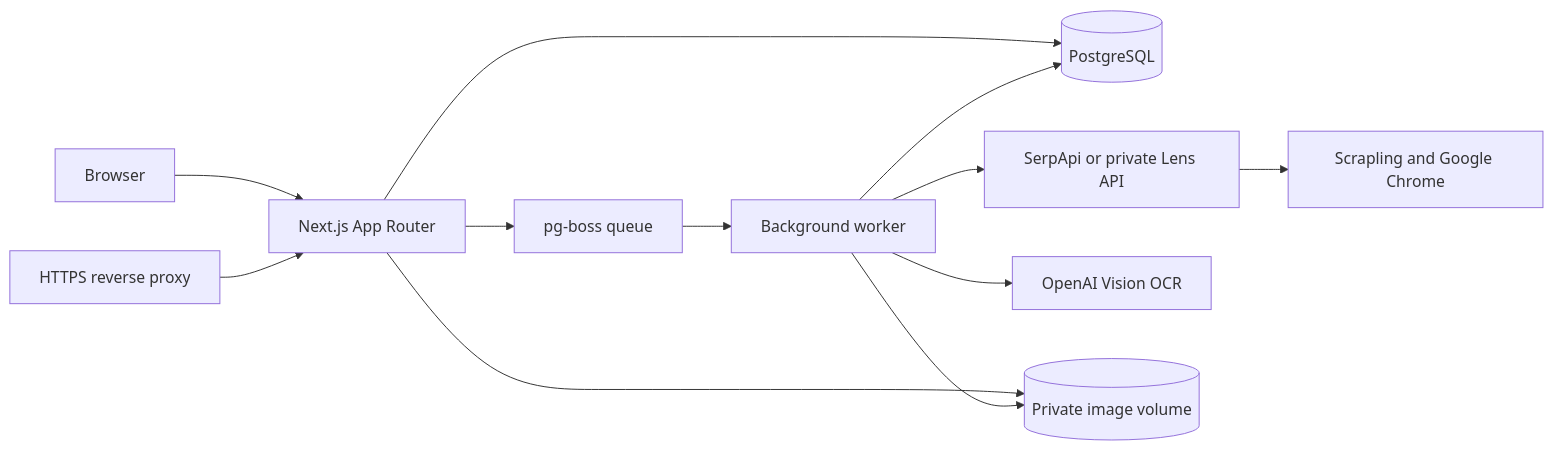
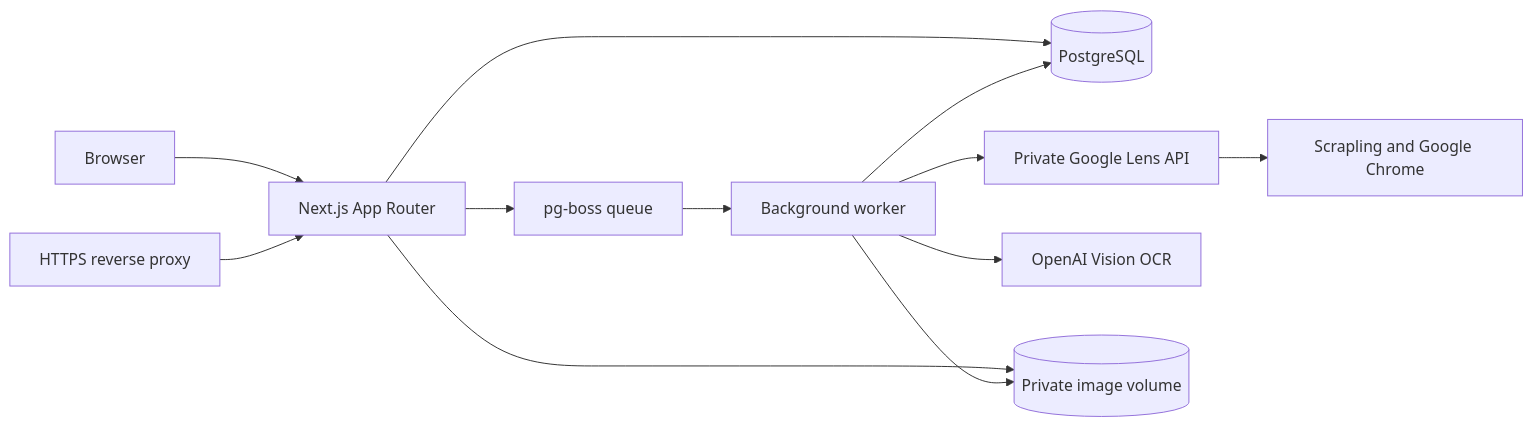
The second of 2 diagrams in README.md (arslanbasharat-o-o/RMA-System), drawn with Mermaid before and after one commit. The commit also changed other lines of this file and 124 other files, not shown here.

````diff
--- a/README.md
+++ b/README.md
@@ -74,14 +74,14 @@
 ```mermaid
 flowchart LR
   Browser --> Web[Next.js App Router]
   Web --> DB[(PostgreSQL)]
   Web --> Queue[pg-boss queue]
   Queue --> Worker[Background worker]
-  Worker --> Lens[SerpApi or private Lens API]
+  Worker --> Lens[Private Google Lens API]
   Lens --> Scrapling[Scrapling and Google Chrome]
   Worker --> OCR[OpenAI Vision OCR]
   Worker --> DB
   Web --> Store[(Private image volume)]
   Worker --> Store
   Proxy[HTTPS reverse proxy] --> Web
 ```
````
